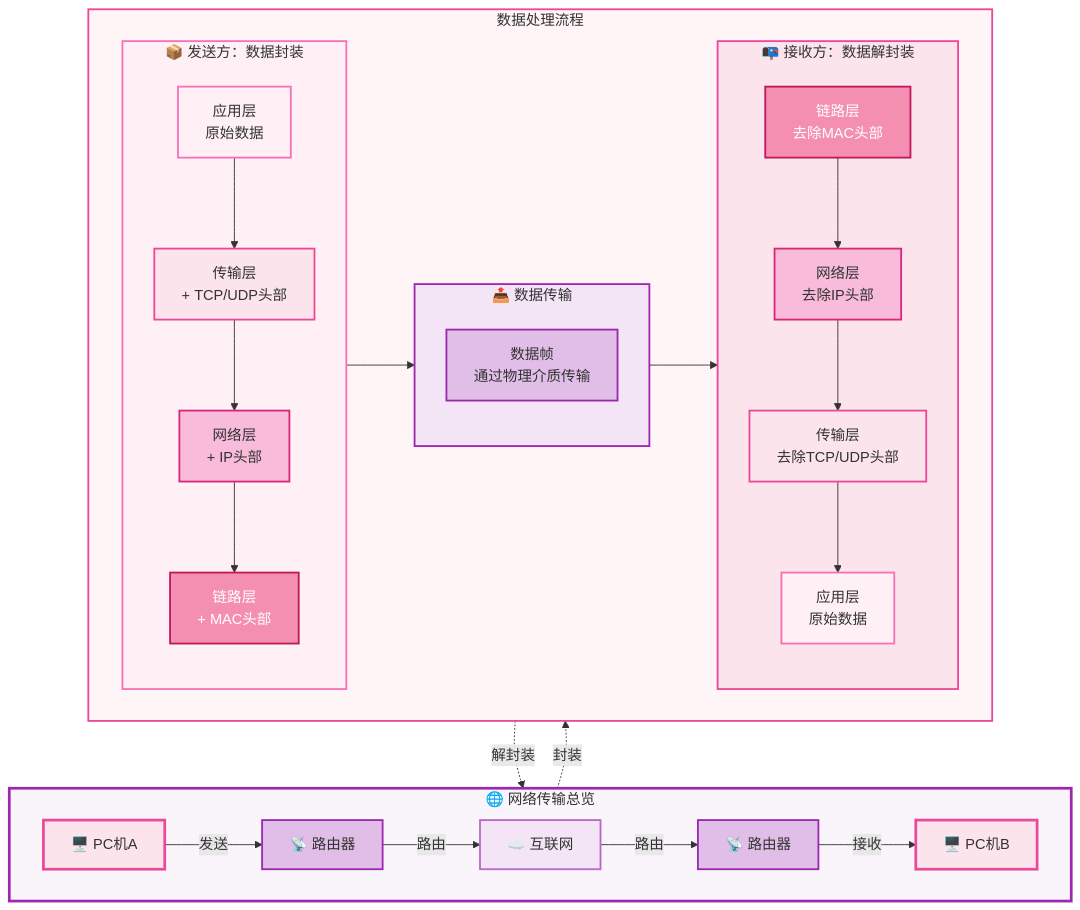
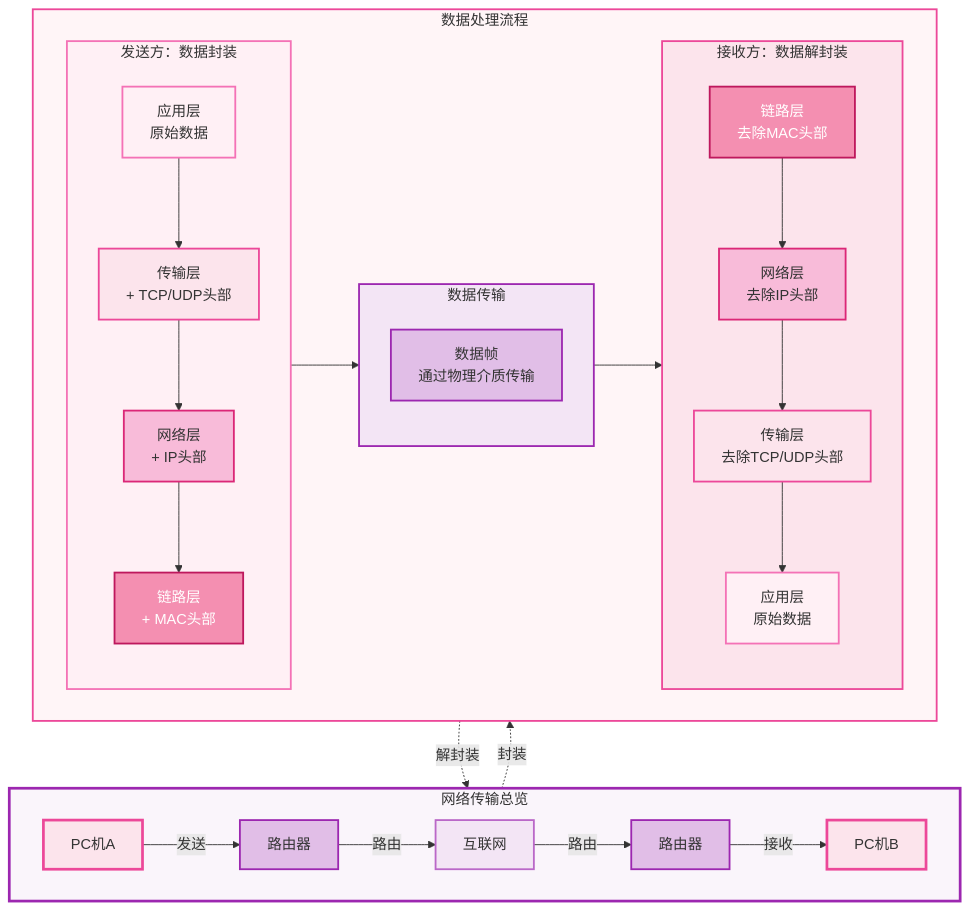
One commit to QwQBiG/QwQBiG.github.io changed the third of 8 diagrams in src/content/cs/posts/LinuxNetwork/HM01BasicConcepts.md. Above: the diagram before and after it, drawn with Mermaid. The commit also changed other lines of this file and 46 other files, not shown here.

````diff
--- a/src/content/cs/posts/LinuxNetwork/HM01BasicConcepts.md
+++ b/src/content/cs/posts/LinuxNetwork/HM01BasicConcepts.md
@@ -184,70 +184,70 @@
 ```mermaid
 flowchart TB
-    subgraph Network["🌐 网络传输总览"]
+    subgraph Network["网络传输总览"]
         direction LR
-        PCA["🖥️ PC机A"] -->|发送| Router1["📡 路由器"]
-        Router1 -->|路由| Cloud["☁️ 互联网"]
-        Cloud -->|路由| Router2["📡 路由器"]
-        Router2 -->|接收| PCB["🖥️ PC机B"]
+        PCA["PC机A"] -->|发送| Router1["路由器"]
+        Router1 -->|路由| Cloud["互联网"]
+        Cloud -->|路由| Router2["路由器"]
+        Router2 -->|接收| PCB["PC机B"]
     end
 
     subgraph Process["数据处理流程"]
         direction LR
 
-        subgraph Encapsulation["📦 发送方：数据封装"]
+        subgraph Encapsulation["发送方：数据封装"]
             direction TB
             E1["应用层<br/>原始数据"]
             E2["传输层<br/>+ TCP/UDP头部"]
             E3["网络层<br/>+ IP头部"]
             E4["链路层<br/>+ MAC头部"]
 
             E1 --> E2 --> E3 --> E4
         end
 
-        subgraph Transmit["📤 数据传输"]
+        subgraph Transmit["数据传输"]
             direction TB
             T["数据帧<br/>通过物理介质传输"]
         end
 
-        subgraph Decapsulation["📭 接收方：数据解封装"]
+        subgraph Decapsulation["接收方：数据解封装"]
             direction TB
             D4["链路层<br/>去除MAC头部"]
             D3["网络层<br/>去除IP头部"]
             D2["传输层<br/>去除TCP/UDP头部"]
             D1["应用层<br/>原始数据"]
 
             D4 --> D3 --> D2 --> D1
         end
 
         Encapsulation --> Transmit --> Decapsulation
     end
 
     %% 连接
     PCA -.->|封装| Encapsulation
     Decapsulation -.->|解封装| PCB
 
     %% 样式定义
     style PCA fill:#fce4ec,stroke:#ec4899,stroke-width:3px,color:#333
     style PCB fill:#fce4ec,stroke:#ec4899,stroke-width:3px,color:#333
     style Router1 fill:#e1bee7,stroke:#9c27b0,stroke-width:2px,color:#333
     style Router2 fill:#e1bee7,stroke:#9c27b0,stroke-width:2px,color:#333
     style Cloud fill:#f3e5f5,stroke:#ba68c8,stroke-width:2px,color:#333
 
     style E1 fill:#fff0f5,stroke:#f472b6,stroke-width:2px,color:#333
     style E2 fill:#fce4ec,stroke:#ec4899,stroke-width:2px,color:#333
     style E3 fill:#f8bbd9,stroke:#db2777,stroke-width:2px,color:#333
     style E4 fill:#f48fb1,stroke:#be185d,stroke-width:2px,color:#fff
 
     style T fill:#e1bee7,stroke:#9c27b0,stroke-width:2px,color:#333
 
     style D4 fill:#f48fb1,stroke:#be185d,stroke-width:2px,color:#fff
     style D3 fill:#f8bbd9,stroke:#db2777,stroke-width:2px,color:#333
     style D2 fill:#fce4ec,stroke:#ec4899,stroke-width:2px,color:#333
     style D1 fill:#fff0f5,stroke:#f472b6,stroke-width:2px,color:#333
 
     style Network fill:#faf5fb,stroke:#9c27b0,stroke-width:3px
     style Process fill:#fff5f7,stroke:#ec4899,stroke-width:2px
     style Encapsulation fill:#fff0f5,stroke:#f472b6,stroke-width:2px
     style Transmit fill:#f3e5f5,stroke:#9c27b0,stroke-width:2px
     style Decapsulation fill:#fce4ec,stroke:#ec4899,stroke-width:2px
 ```
````
